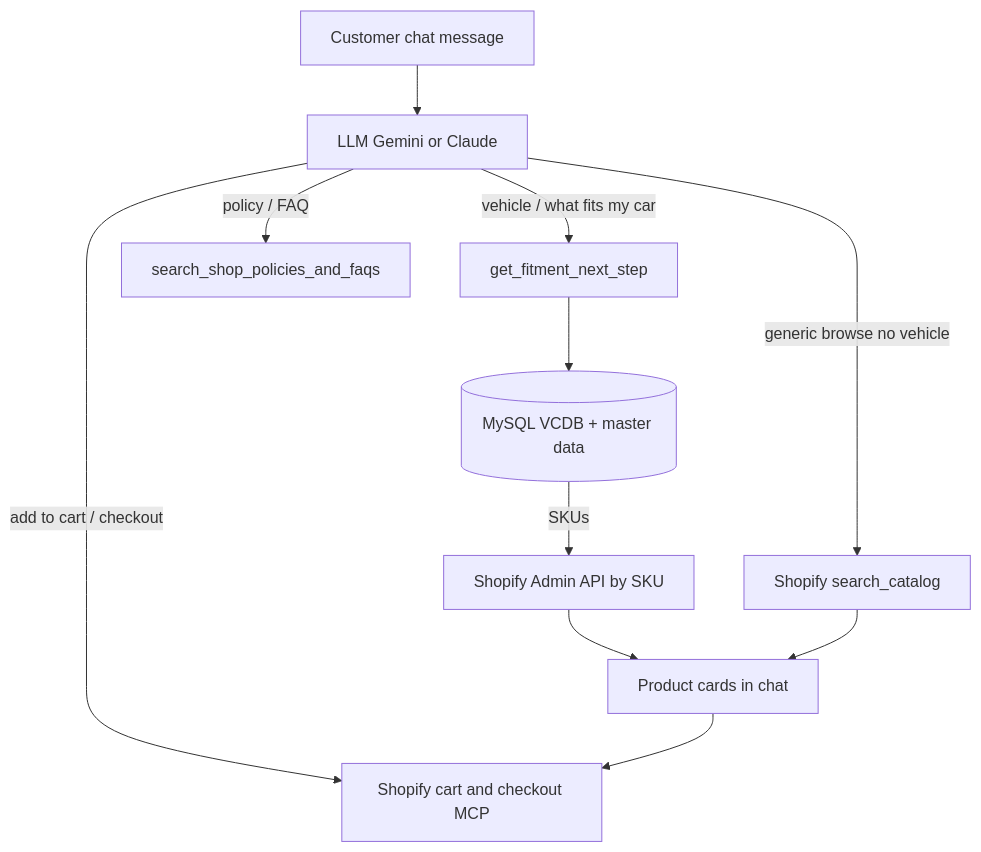
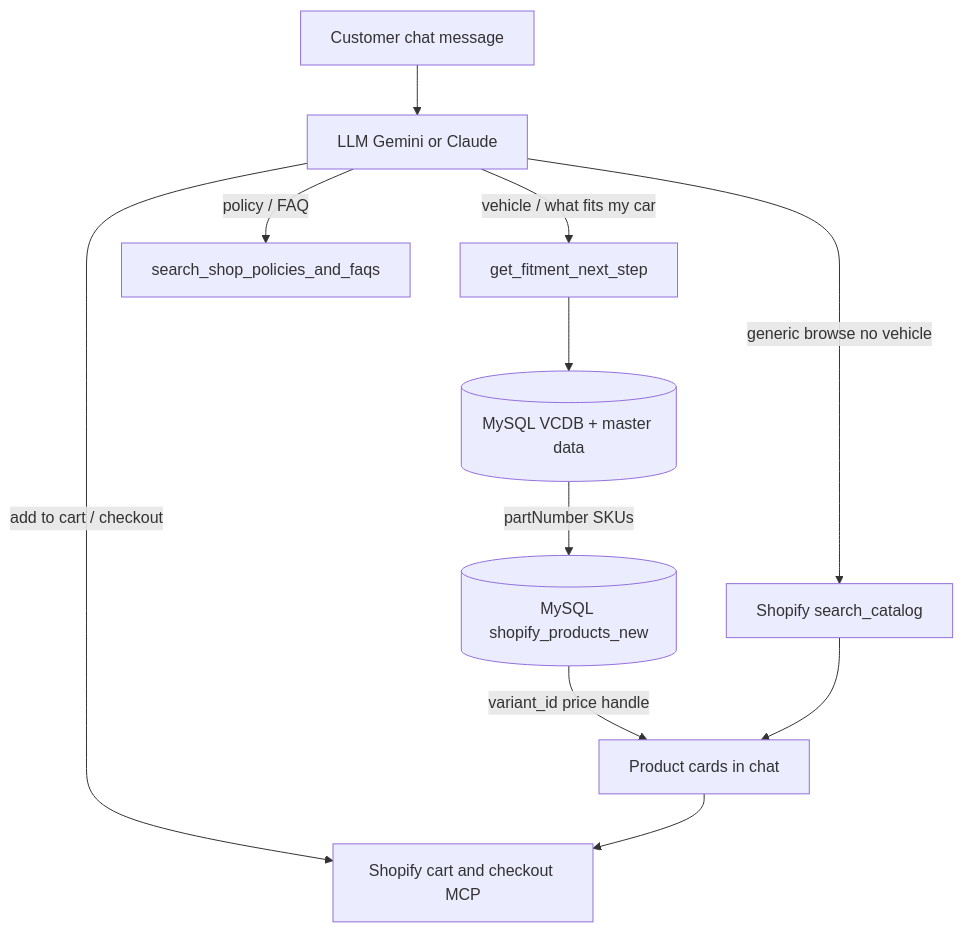
One commit to shivam-mobi/shopify-mcp changed the first of 5 diagrams in docs/fitment-and-catalog-flow.md. Above: the diagram before and after it, drawn with Mermaid. The commit also changed other lines of this file and 4 other files, not shown here.

````diff
--- a/docs/fitment-and-catalog-flow.md
+++ b/docs/fitment-and-catalog-flow.md
@@ -7,17 +7,17 @@
 ```mermaid
 flowchart TB
   customer[Customer chat message]
   llm[LLM Gemini or Claude]
   customer --> llm
 
   llm -->|vehicle / what fits my car| fitment[get_fitment_next_step]
   llm -->|generic browse no vehicle| catalog[Shopify search_catalog]
   llm -->|policy / FAQ| policies[search_shop_policies_and_faqs]
   llm -->|add to cart / checkout| cart[Shopify cart and checkout MCP]
 
   fitment --> mysql[(MySQL VCDB + master data)]
-  mysql -->|SKUs| shopifyAdmin[Shopify Admin API by SKU]
-  shopifyAdmin --> products[Product cards in chat]
+  mysql -->|partNumber SKUs| shopifyDb[(MySQL shopify_products_new)]
+  shopifyDb -->|variant_id price handle| products[Product cards in chat]
   catalog --> products
   products --> cart
 ```
````
